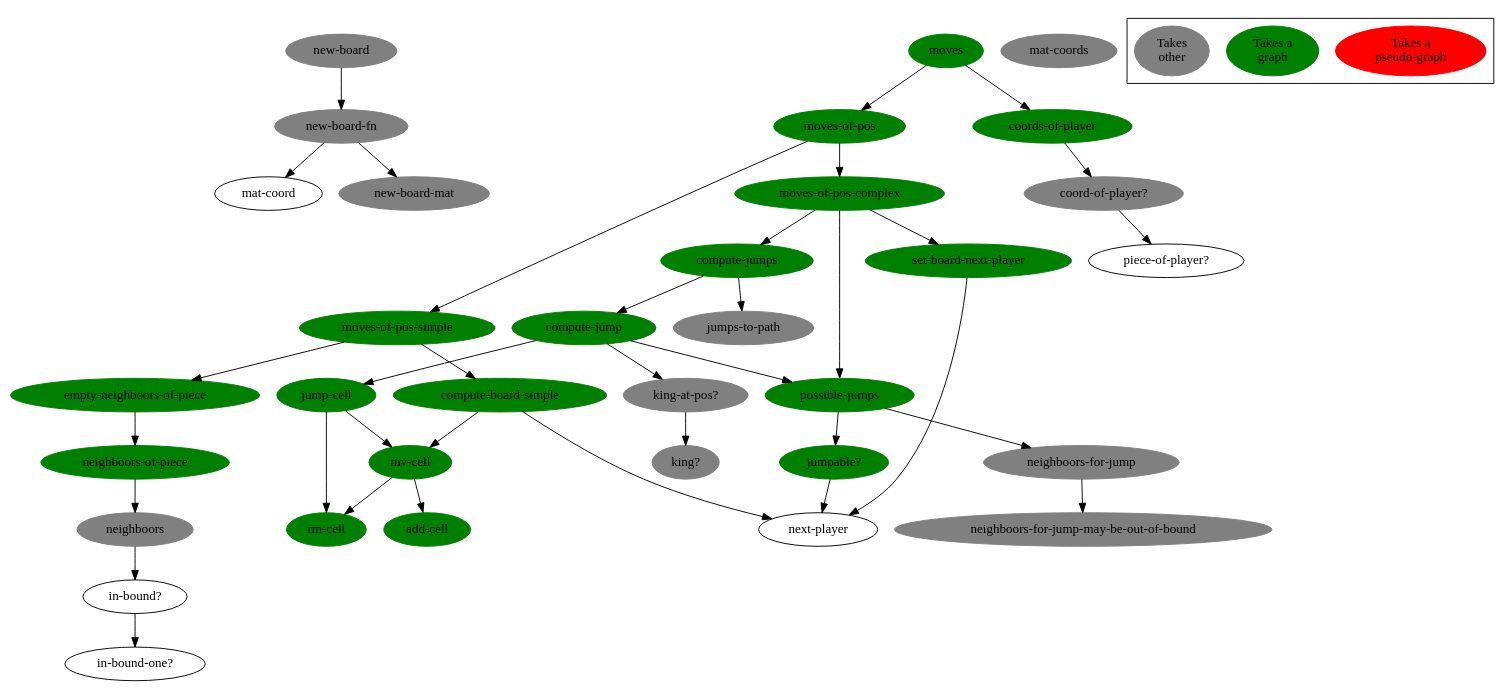
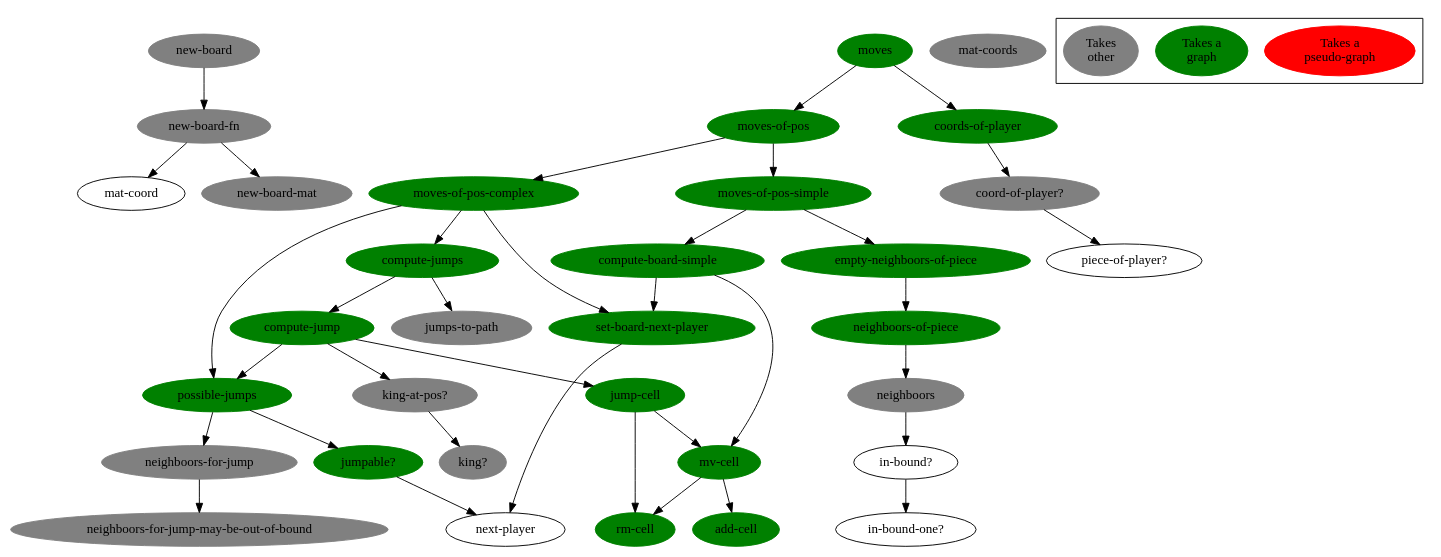
The diagram in doc/function-graph-detailled.dot (denlab/clojure-plays-checkers), drawn with Graphviz before and after one commit. The commit also changed 1 other file, not shown here.

Commit message:
refacto: branched compute-board-simple on set-board-next-player

```diff
--- a/doc/function-graph-detailled.dot
+++ b/doc/function-graph-detailled.dot
@@ -1,117 +1,117 @@
 digraph funtions {
 
 /******************************************************************************
  *                         edges                                              *         
  ******************************************************************************/
 
         "new-board-fn" -> "mat-coord";
         "new-board-fn" -> "new-board-mat";
         
         "new-board" -> "new-board-fn";
 
         "in-bound?" -> "in-bound-one?";
 
         "neighboors" -> "in-bound?";
 
         "neighboors-of-piece" -> "neighboors";
 
         "empty-neighboors-of-piece" -> "neighboors-of-piece";
 
         "mv-cell" -> "rm-cell";
         "mv-cell" -> "add-cell";
 
         "compute-board-simple" -> "mv-cell";
-        "compute-board-simple" -> "next-player";
+        "compute-board-simple" -> "set-board-next-player";
 
         "moves-of-pos-simple" -> "compute-board-simple";
         "moves-of-pos-simple" ->  "empty-neighboors-of-piece";
         
         "neighboors-for-jump" -> "neighboors-for-jump-may-be-out-of-bound";
 
         "jumpable?" -> "next-player";
 
         "possible-jumps" -> "jumpable?";
         "possible-jumps" -> "neighboors-for-jump";
 
         "jump-cell" -> "rm-cell";
         "jump-cell" -> "mv-cell";
 
         "king-at-pos?" -> "king?";
 
         "compute-jump" -> "jump-cell";
         "compute-jump" -> "possible-jumps";
         "compute-jump" -> "king-at-pos?";
 
         "compute-jumps" -> "compute-jump";
         "compute-jumps" -> "jumps-to-path";
 
         "moves-of-pos-complex" -> "compute-jumps";
         "moves-of-pos-complex" -> "possible-jumps";
         "moves-of-pos-complex" -> "set-board-next-player";
         
         "set-board-next-player" -> "next-player";
 
         "moves-of-pos" -> "moves-of-pos-simple";
         "moves-of-pos" -> "moves-of-pos-complex";
 
         "coord-of-player?" -> "piece-of-player?";
 
         "coords-of-player" -> "coord-of-player?";
 
         "moves" -> "moves-of-pos";
         "moves" -> "coords-of-player";
 
 /******************************************************************************
  *                         nodes                                              *         
  ******************************************************************************/
 
         "moves"[bgcolor=green color=green style=filled];
         "coords-of-player"[bgcolor=green color=green style=filled];
         "moves-of-pos"[bgcolor=green color=green style=filled];
         "moves-of-pos-complex"[bgcolor=green color=green style=filled];
         "moves-of-pos-simple"[bgcolor=green color=green style=filled];
         "compute-board-simple"[bgcolor=green color=green style=filled];
         "mv-cell"[bgcolor=green color=green style=filled];
         "add-cell"[bgcolor=green color=green style=filled];
         "rm-cell"[bgcolor=green color=green style=filled];
         "empty-neighboors-of-piece"[bgcolor=green color=green style=filled];
         "neighboors-of-piece"[bgcolor=green color=green style=filled];
 
         "compute-jump"[bgcolor=green color=green style=filled];
 
         "jump-cell"[bgcolor=green color=green style=filled];
         "possible-jumps"[bgcolor=green color=green style=filled];
         "jumpable?"[bgcolor=green color=green style=filled];
 
         "coord-of-player?"[bgcolor=grey color=grey style=filled];
         "jumps-to-path"[bgcolor=grey color=grey style=filled];
         "king-at-pos?"[bgcolor=grey color=grey style=filled];
         "king?"[bgcolor=grey color=grey style=filled];
         "neighboors-for-jump"[bgcolor=grey color=grey style=filled];
         "neighboors-for-jump-may-be-out-of-bound"[bgcolor=grey color=grey style=filled];
         "neighboors"[bgcolor=grey color=grey style=filled];
         "new-board"[bgcolor=grey color=grey style=filled];
         "new-board-fn"[bgcolor=grey color=grey style=filled];
         "new-board-mat"[bgcolor=grey color=grey style=filled];
         "mat-coords"[bgcolor=grey color=grey style=filled];
 
         "set-board-next-player"[bgcolor=green color=green style=filled];
 
         "compute-jumps"[bgcolor=green color=green style=filled];
 
 /******************************************************************************
  *                         legend                                             *         
  ******************************************************************************/
 
         "Takes a\npseudo-graph"[bgcolor=red color=red style=filled];
         "Takes a\ngraph"[bgcolor=green color=green style=filled];
 //        "Takes\nother"[bgcolor="#94003f" color="#94003f" style=filled];
         "Takes\nother"[bgcolor=grey color=grey style=filled];
 
         subgraph "cluster-legend" {
                 "Takes a\npseudo-graph";
                 "Takes a\ngraph";
                 "Takes\nother";
         }
 
 }
```
